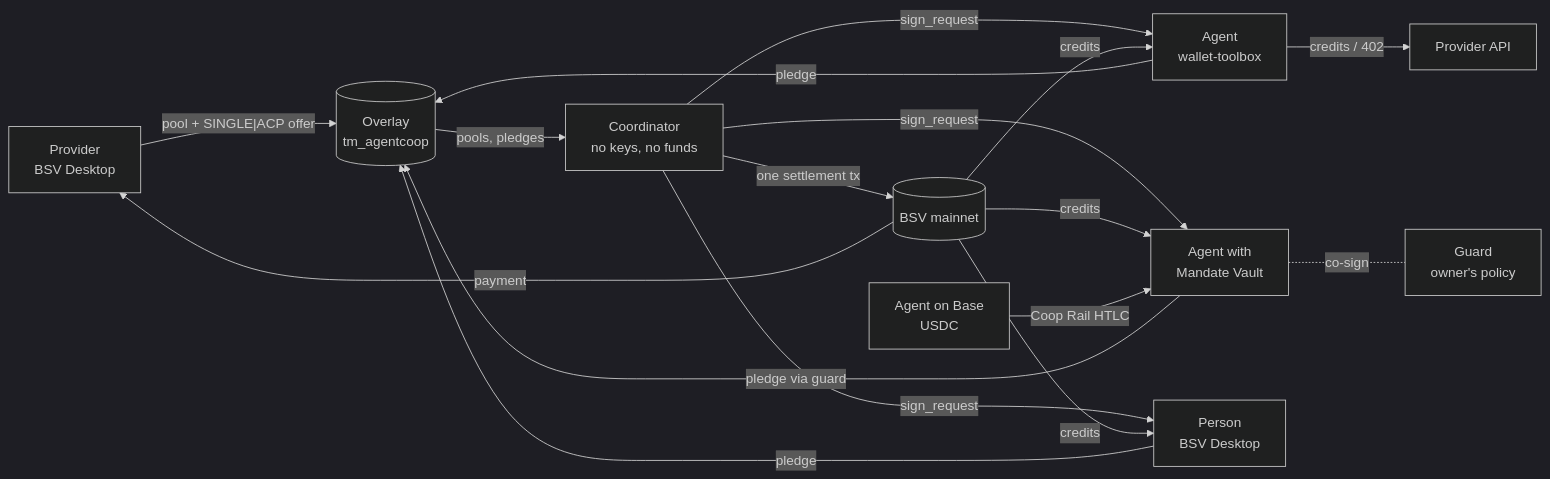
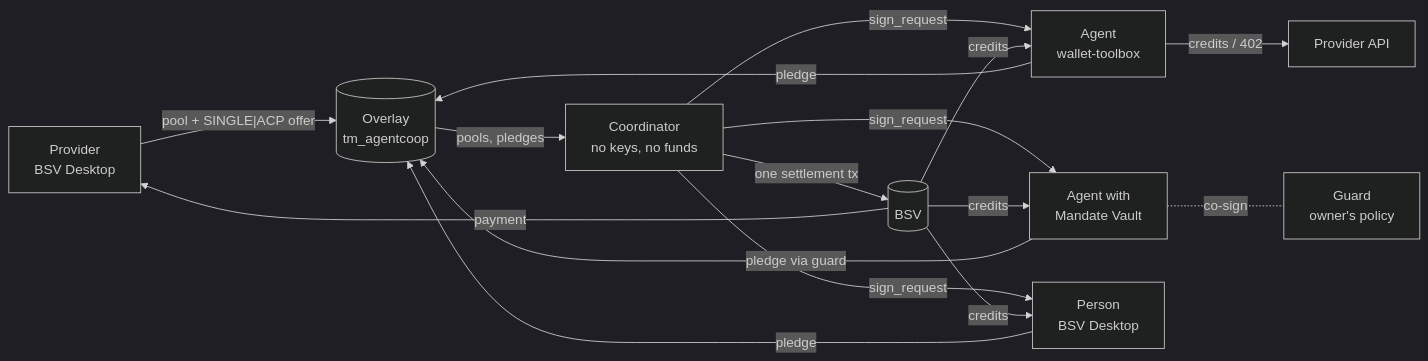
Before and after one commit to kagancoplu/ProfessionarLARPERs: the diagram in README.md, drawn with Mermaid (dark theme). The commit also changed other lines of this file and 223 other files, not shown here.

````diff
--- a/README.md
+++ b/README.md
@@ -23,15 +28,14 @@
 ```mermaid
 flowchart LR
   P[Provider<br/>BSV Desktop] -- pool + SINGLE|ACP offer --> O[(Overlay<br/>tm_agentcoop)]
   A1[Agent<br/>wallet-toolbox] -- pledge --> O
   A2[Agent with<br/>Mandate Vault] -- pledge via guard --> O
   H[Person<br/>BSV Desktop] -- pledge --> O
   O -- pools, pledges --> C[Coordinator<br/>no keys, no funds]
   C -- sign_request --> A1 & A2 & H
   A2 -. co-sign .- G[Guard<br/>owner's policy]
-  C -- one settlement tx --> BSV[(BSV mainnet)]
+  C -- one settlement tx --> BSV[(BSV)]
   BSV -- credits --> A1 & A2 & H
   BSV -- payment --> P
   A1 -- credits / 402 --> API[Provider API]
-  R[Agent on Base<br/>USDC] -- Coop Rail HTLC --> A2
 ```
````
